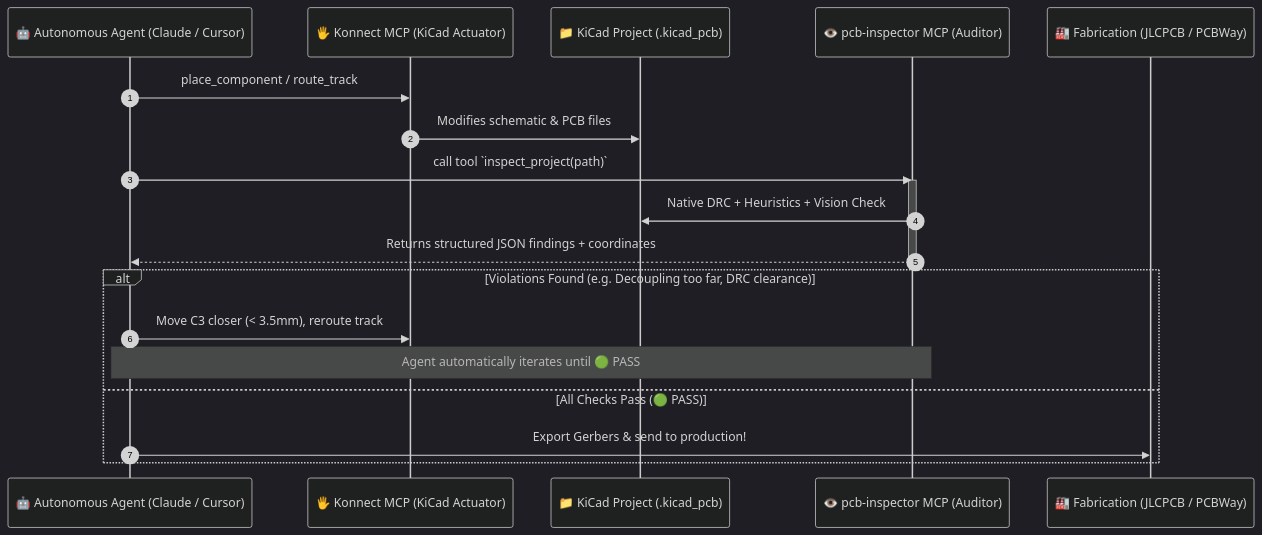
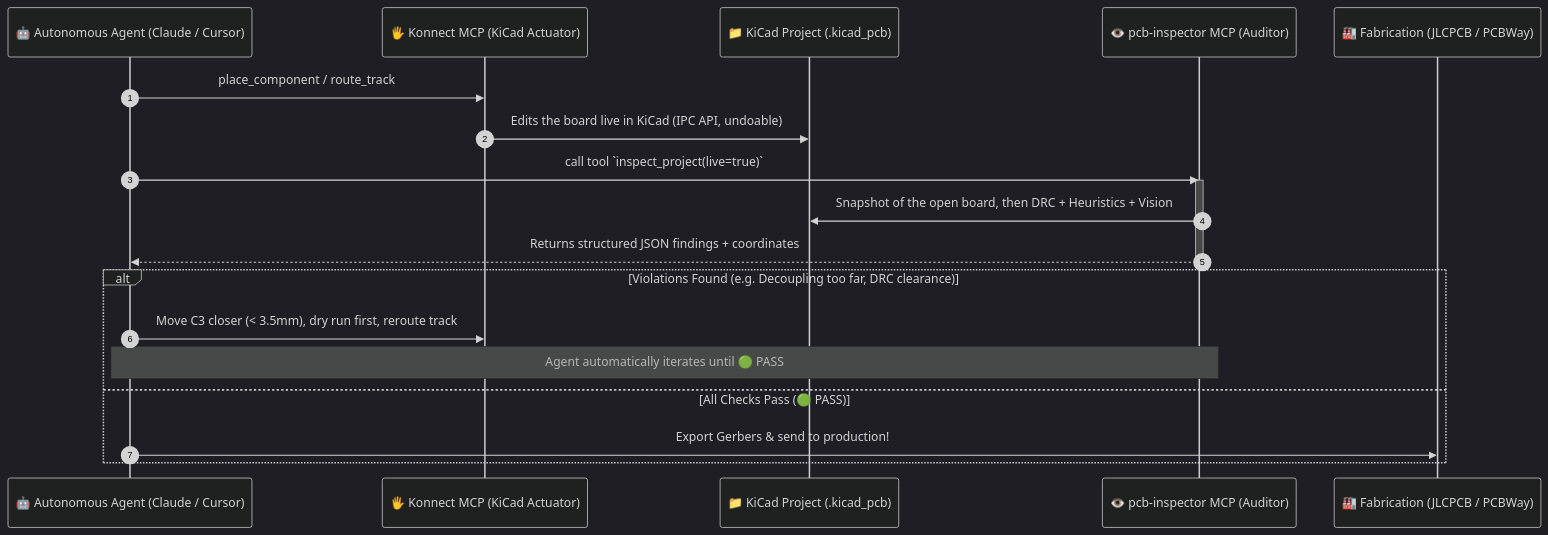
Before and after one commit to takzen/pcb-inspector: the second of 2 diagrams in README.md, drawn with Mermaid (dark theme). The commit also changed other lines of this file and 10 other files, not shown here.

First line of the commit message:
feat(live): audit the board open in KiCad, for repair loops driven by Konnect

````diff
--- a/README.md
+++ b/README.md
@@ -219,24 +219,24 @@
 ```mermaid
 sequenceDiagram
     autonumber
     participant Agent as 🤖 Autonomous Agent (Claude / Cursor)
     participant Konnect as 🖐️ Konnect MCP (KiCad Actuator)
     participant Project as 📁 KiCad Project (.kicad_pcb)
     participant Inspector as 👁️ pcb-inspector MCP (Auditor)
     participant Fab as 🏭 Fabrication (JLCPCB / PCBWay)
 
     Agent->>Konnect: place_component / route_track
-    Konnect->>Project: Modifies schematic & PCB files
-    Agent->>Inspector: call tool `inspect_project(path)`
+    Konnect->>Project: Edits the board live in KiCad (IPC API, undoable)
+    Agent->>Inspector: call tool `inspect_project(live=true)`
     activate Inspector
-    Inspector->>Project: Native DRC + Heuristics + Vision Check
+    Inspector->>Project: Snapshot of the open board, then DRC + Heuristics + Vision
     Inspector-->>Agent: Returns structured JSON findings + coordinates
     deactivate Inspector
 
     alt Violations Found (e.g. Decoupling too far, DRC clearance)
-        Agent->>Konnect: Move C3 closer (< 3.5mm), reroute track
+        Agent->>Konnect: Move C3 closer (< 3.5mm), dry run first, reroute track
         Note over Agent,Inspector: Agent automatically iterates until 🟢 PASS
     else All Checks Pass (🟢 PASS)
         Agent->>Fab: Export Gerbers & send to production!
     end
 ```
````
